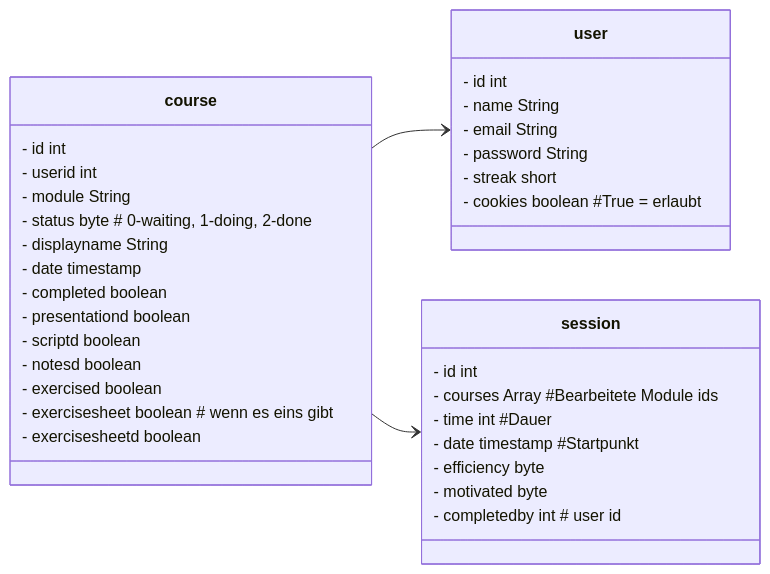
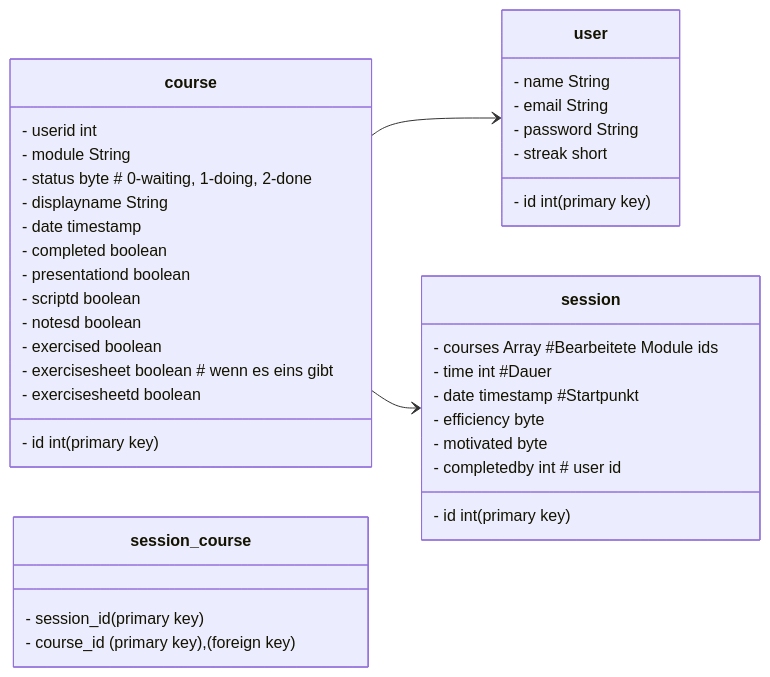
The second of 4 diagrams in README.md (nyrocarion/LQMS), drawn with Mermaid before and after one commit.

````diff
--- a/README.md
+++ b/README.md
@@ -73,41 +73,45 @@
 ```mermaid
 classDiagram
 direction LR
     class course {
-	    - id int
+	    - id int (primary key)
 	    - userid int
 	    - module String
 	    - status byte # 0-waiting, 1-doing, 2-done
 	    - displayname String
 	    - date timestamp
 	    - completed boolean
         - presentationd boolean
         - scriptd boolean
         - notesd boolean
         - exercised boolean
         - exercisesheet boolean # wenn es eins gibt
         - exercisesheetd boolean
     }
 
     class user {
-	    - id int
+	    - id int (primary key)
 	    - name String
 	    - email String
 	    - password String
 	    - streak short
-        - cookies boolean #True = erlaubt
     }
 
     class session {
-	    - id int
+	    - id int (primary key)
 	    - courses Array #Bearbeitete Module ids
 	    - time int #Dauer
 	    - date timestamp #Startpunkt
 	    - efficiency byte
 	    - motivated byte
 	    - completedby int # user id
     }
 
+    class session_course {
+	    - session_id (primary key)
+	    - course_id (primary key), (foreign key)
+    }
+
     course --> user
     course --> session
 ```
````
